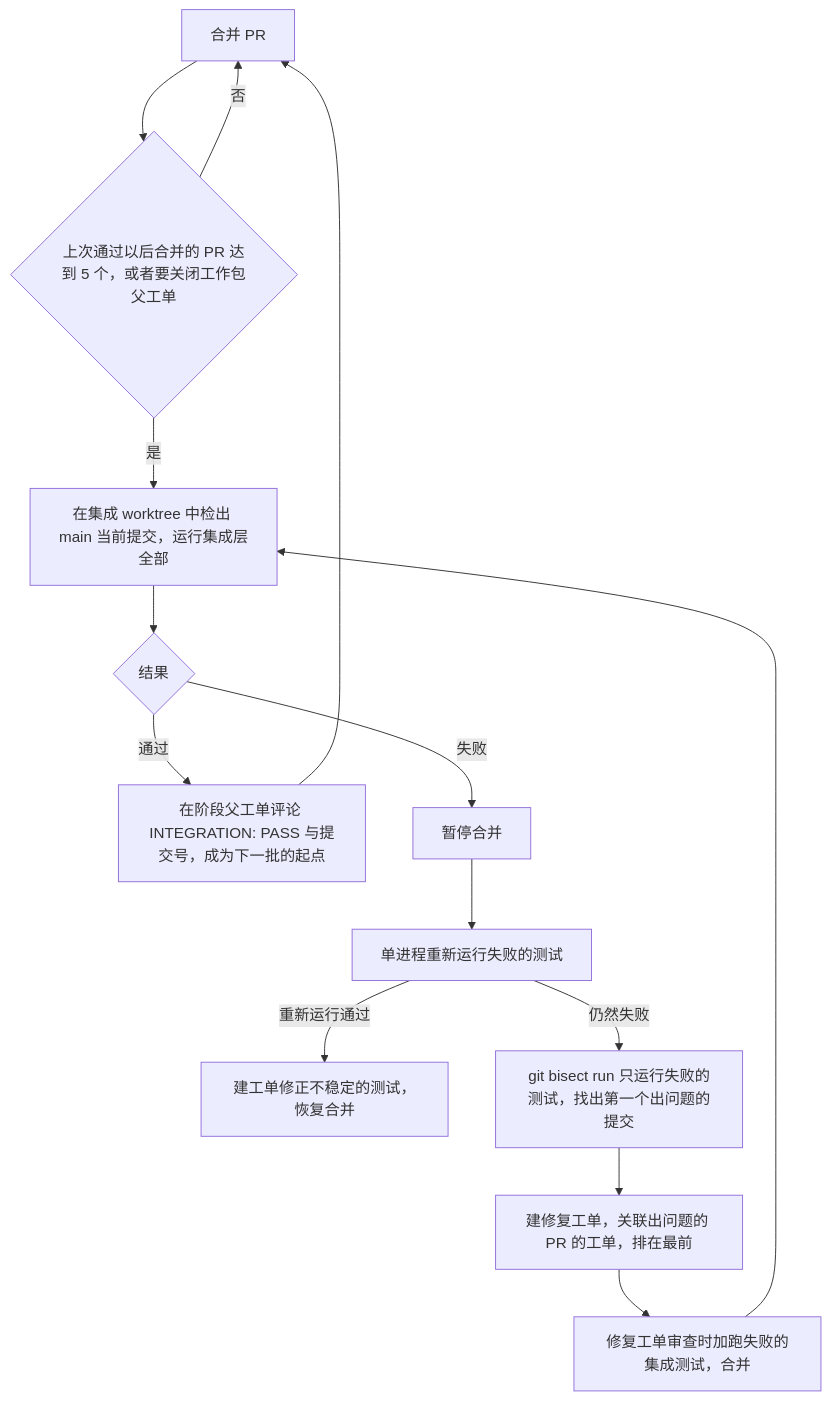
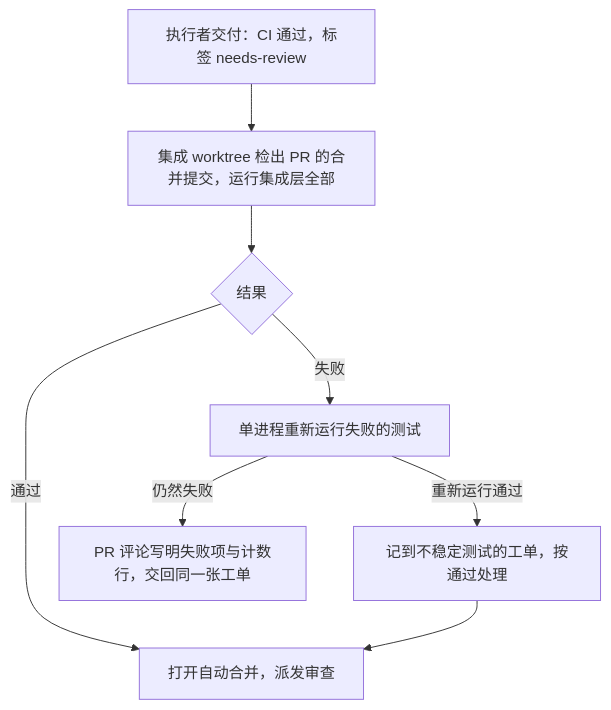
Before and after one commit to bender2333/yudao: the first of 2 diagrams in docs/design/test-pyramid.md, drawn with Mermaid. The commit also changed other lines of this file and 12 other files, not shown here.

````diff
--- a/docs/design/test-pyramid.md
+++ b/docs/design/test-pyramid.md
@@ -105,16 +108,10 @@
 ```mermaid
 flowchart TD
-    M[合并 PR] --> C{上次通过以后合并的 PR 达到 5 个，或者要关闭工作包父工单}
-    C -- 否 --> M
-    C -- 是 --> R[在集成 worktree 中检出 main 当前提交，运行集成层全部]
+    D[执行者交付：CI 通过，标签 needs-review] --> R[集成 worktree 检出 PR 的合并提交，运行集成层全部]
     R --> P{结果}
-    P -- 通过 --> G[在阶段父工单评论 INTEGRATION: PASS 与提交号，成为下一批的起点]
-    G --> M
-    P -- 失败 --> S[暂停合并]
-    S --> A[单进程重新运行失败的测试]
-    A -- 重新运行通过 --> F[建工单修正不稳定的测试，恢复合并]
-    A -- 仍然失败 --> B[git bisect run 只运行失败的测试，找出第一个出问题的提交]
-    B --> T[建修复工单，关联出问题的 PR 的工单，排在最前]
-    T --> X[修复工单审查时加跑失败的集成测试，合并]
-    X --> R
+    P -- 通过 --> A[打开自动合并，派发审查]
+    P -- 失败 --> S[单进程重新运行失败的测试]
+    S -- 仍然失败 --> B[PR 评论写明失败项与计数行，交回同一张工单]
+    S -- 重新运行通过 --> F[记到不稳定测试的工单，按通过处理]
+    F --> A
 ```
````
